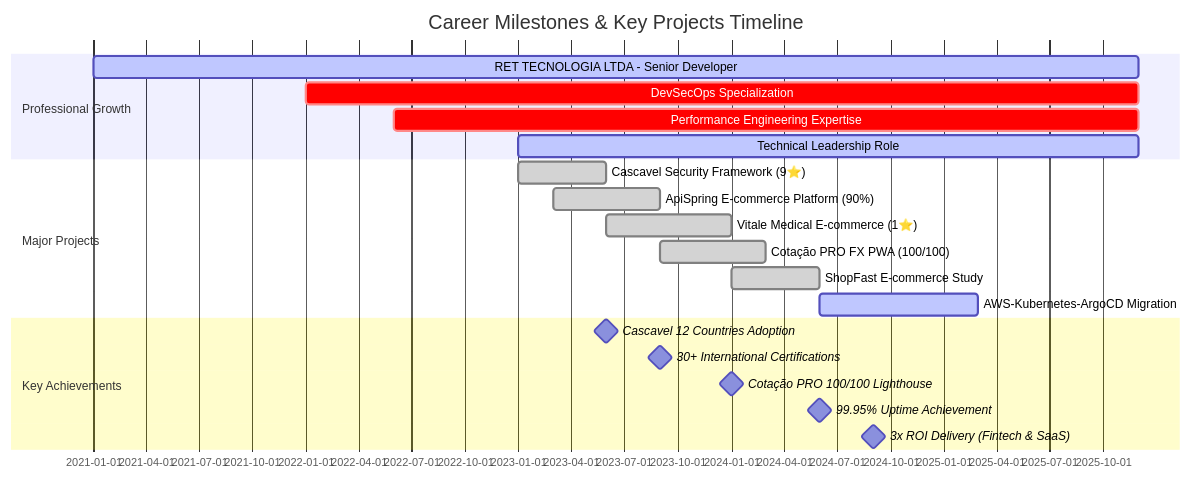
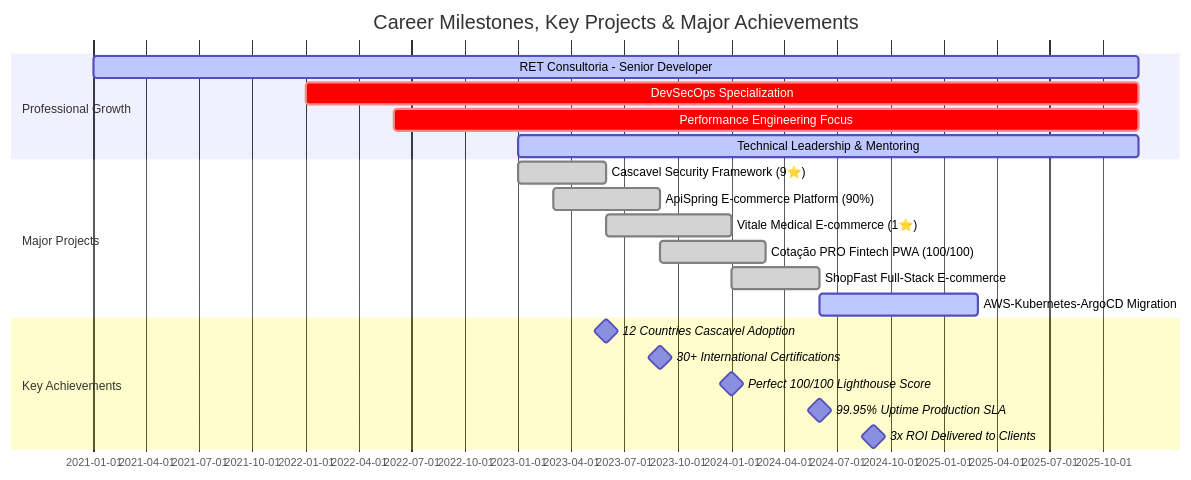
The second of 3 diagrams in README.md (glferreira-devsecops/glferreira-devsecops), drawn with Mermaid before and after one commit. The commit also changed other lines of this file, not shown here.

````diff
--- a/README.md
+++ b/README.md
@@ -1058,26 +746,26 @@
 ```mermaid
 gantt
-    title Career Milestones & Key Projects Timeline
+    title Career Milestones, Key Projects & Major Achievements
     dateFormat YYYY-MM
 
     section Professional Growth
-    RET TECNOLOGIA LTDA - Senior Developer :active, 2021-01, 2025-12
+    RET Consultoria - Senior Developer :active, 2021-01, 2025-12
     DevSecOps Specialization :crit, 2022-01, 2025-12
-    Performance Engineering Expertise :crit, 2022-06, 2025-12
-    Technical Leadership Role :active, 2023-01, 2025-12
+    Performance Engineering Focus :crit, 2022-06, 2025-12
+    Technical Leadership & Mentoring :active, 2023-01, 2025-12
 
     section Major Projects
     Cascavel Security Framework (9⭐) :done, 2023-01, 2023-06
     ApiSpring E-commerce Platform (90%) :done, 2023-03, 2023-09
     Vitale Medical E-commerce (1⭐) :done, 2023-06, 2024-01
-    Cotação PRO FX PWA (100/100) :done, 2023-09, 2024-03
-    ShopFast E-commerce Study :done, 2024-01, 2024-06
+    Cotação PRO Fintech PWA (100/100) :done, 2023-09, 2024-03
+    ShopFast Full-Stack E-commerce :done, 2024-01, 2024-06
     AWS-Kubernetes-ArgoCD Migration :active, 2024-06, 2025-03
 
     section Key Achievements
-    Cascavel 12 Countries Adoption :milestone, 2023-06, 0d
+    12 Countries Cascavel Adoption :milestone, 2023-06, 0d
     30+ International Certifications :milestone, 2023-09, 0d
-    Cotação PRO 100/100 Lighthouse :milestone, 2024-01, 0d
-    99.95% Uptime Achievement :milestone, 2024-06, 0d
-    3x ROI Delivery (Fintech & SaaS) :milestone, 2024-09, 0d
+    Perfect 100/100 Lighthouse Score :milestone, 2024-01, 0d
+    99.95% Uptime Production SLA :milestone, 2024-06, 0d
+    3x ROI Delivered to Clients :milestone, 2024-09, 0d
 ```
````
